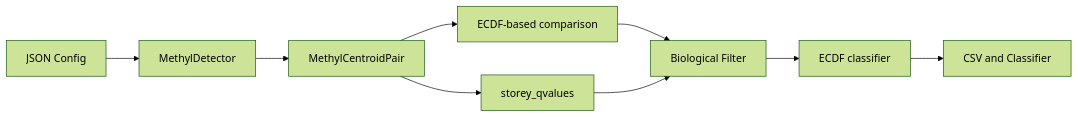
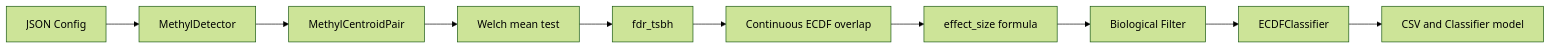
The diagram in packages/methyldetector/docs/METHYLDETECTOR_IMPLEMENTATION.md (Goliath-Research/GoliathWorkflow), drawn with Mermaid (forest theme) before and after one commit. The commit also changed other lines of this file and 3 other files, not shown here.

````diff
--- a/packages/methyldetector/docs/METHYLDETECTOR_IMPLEMENTATION.md
+++ b/packages/methyldetector/docs/METHYLDETECTOR_IMPLEMENTATION.md
@@ -10,20 +12,23 @@
 ```mermaid
 flowchart LR
-  Config[JSON Config]
-  Detector[MethylDetector]
-  Pair[MethylCentroidPair]
-  ECDF[ECDF-based comparison]
-  Storey[storey_qvalues]
-  Filter[Biological Filter]
-  Classifier[ECDF classifier]
-  Out[CSV and Classifier]
+    Config[JSON Config]
+    Detector[MethylDetector]
+    Pair[MethylCentroidPair]
+    Welch[Welch mean test]
+    FDR[fdr_tsbh]
+    ECDF[Continuous ECDF overlap]
+    Effect[effect_size formula]
+    Filter[Biological Filter]
+    Clf[ECDFClassifier]
+    Out[CSV and Classifier model]
 
-  Config --> Detector
-  Detector --> Pair
-  Pair --> ECDF
-  Pair --> Storey
-  ECDF --> Filter
-  Storey --> Filter
-  Filter --> Classifier
-  Classifier --> Out
+    Config --> Detector
+    Detector --> Pair
+    Pair --> Welch
+    Welch --> FDR
+    FDR --> ECDF
+    ECDF --> Effect
+    Effect --> Filter
+    Filter --> Clf
+    Clf --> Out
 ```
````
